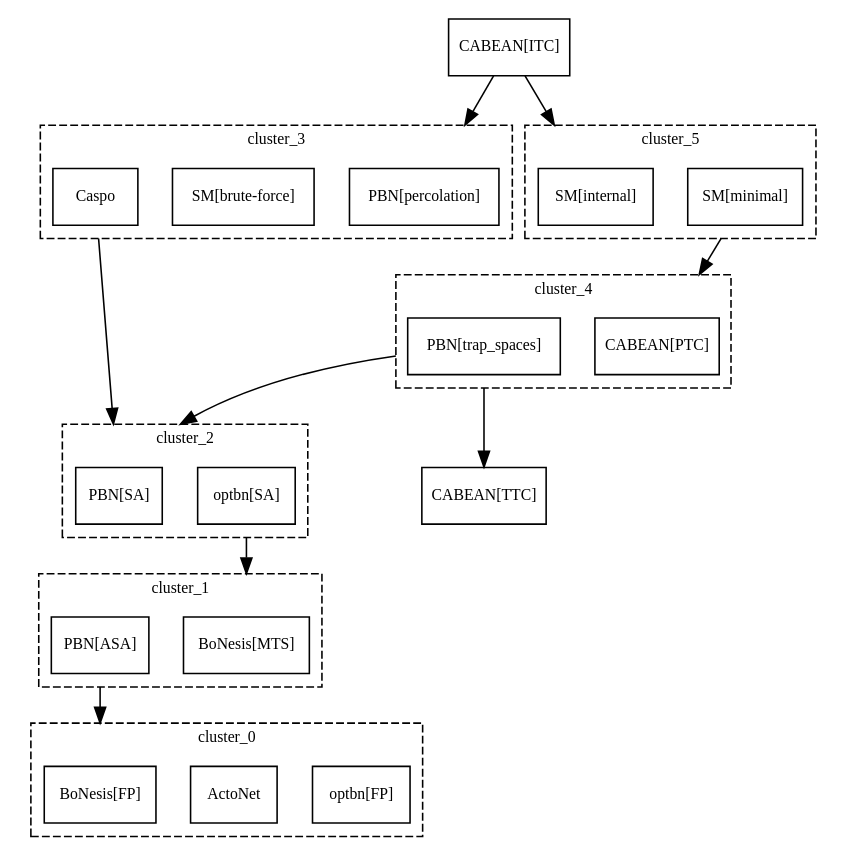
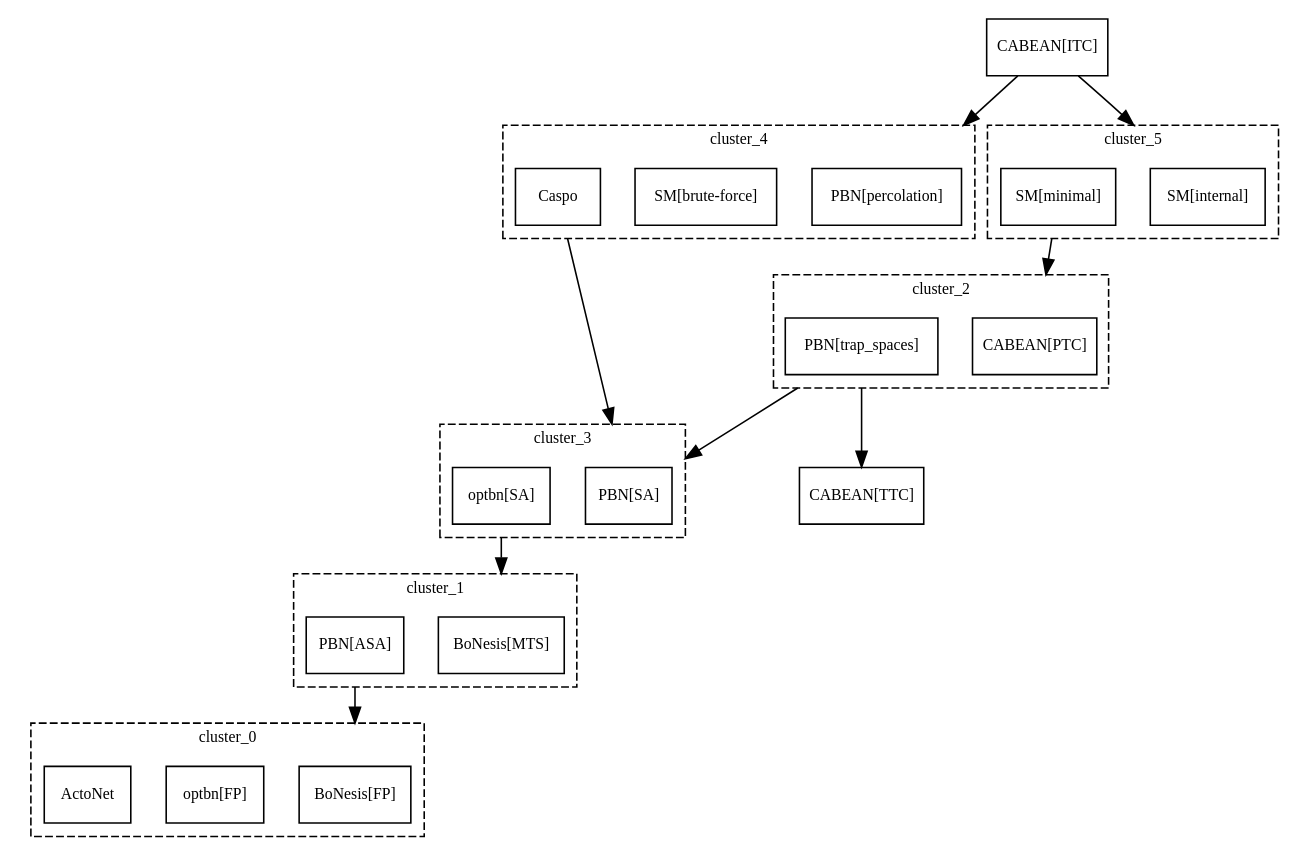
One commit to kalebmoon07/BN-control-taxonomy changed the diagram in experiments/results/practical/TumorInvasion/_graph_tred.dot. Above: the diagram before and after it, drawn with Graphviz. The commit also changed 104 other files, not shown here.

```diff
--- a/experiments/results/practical/TumorInvasion/_graph_tred.dot
+++ b/experiments/results/practical/TumorInvasion/_graph_tred.dot
@@ -1,59 +1,59 @@
 strict digraph G {
 graph [fontsize=10, fontname=Verdana, compound=true];
 node [shape=record, fontsize=10, fontname=Verdana];
 graph [nodesep=0.3, ranksep=0.8];
 subgraph cluster_0 {
 label="cluster_0";
 graph [style=dashed, color=black];
+"BoNesis[FP]";
 "optbn[FP]";
 ActoNet;
-"BoNesis[FP]";
 }
 
 subgraph cluster_1 {
 label="cluster_1";
 graph [style=dashed, color=black];
 "BoNesis[MTS]";
 "PBN[ASA]";
 }
 
 subgraph cluster_2 {
 label="cluster_2";
 graph [style=dashed, color=black];
-"optbn[SA]";
-"PBN[SA]";
+"CABEAN[PTC]";
+"PBN[trap_spaces]";
 }
 
 subgraph cluster_3 {
 label="cluster_3";
+graph [style=dashed, color=black];
+"PBN[SA]";
+"optbn[SA]";
+}
+
+subgraph cluster_4 {
+label="cluster_4";
 graph [style=dashed, color=black];
 "PBN[percolation]";
 "SM[brute-force]";
 Caspo;
 }
 
-subgraph cluster_4 {
-label="cluster_4";
-graph [style=dashed, color=black];
-"CABEAN[PTC]";
-"PBN[trap_spaces]";
-}
-
 subgraph cluster_5 {
 label="cluster_5";
 graph [style=dashed, color=black];
+"SM[internal]";
 "SM[minimal]";
-"SM[internal]";
 }
 
 "CABEAN[ITC]";
 "CABEAN[TTC]";
-"CABEAN[ITC]" -> "PBN[percolation]" [lhead="cluster_3"];
+"CABEAN[ITC]" -> "PBN[percolation]" [lhead="cluster_4"];
 "CABEAN[ITC]" -> "SM[internal]" [lhead="cluster_5"];
 "PBN[ASA]" -> "BoNesis[FP]" [ltail="cluster_1", lhead="cluster_0"];
-"PBN[trap_spaces]" -> "CABEAN[TTC]" [ltail="cluster_4"];
-"PBN[trap_spaces]" -> "PBN[SA]" [ltail="cluster_4", lhead="cluster_2"];
-"SM[minimal]" -> "CABEAN[PTC]" [ltail="cluster_5", lhead="cluster_4"];
-"optbn[SA]" -> "BoNesis[MTS]" [ltail="cluster_2", lhead="cluster_1"];
-Caspo -> "PBN[SA]" [ltail="cluster_3", lhead="cluster_2"];
+"PBN[trap_spaces]" -> "CABEAN[TTC]" [ltail="cluster_2"];
+"PBN[trap_spaces]" -> "PBN[SA]" [ltail="cluster_2", lhead="cluster_3"];
+"SM[minimal]" -> "CABEAN[PTC]" [ltail="cluster_5", lhead="cluster_2"];
+"optbn[SA]" -> "BoNesis[MTS]" [ltail="cluster_3", lhead="cluster_1"];
+Caspo -> "PBN[SA]" [ltail="cluster_4", lhead="cluster_3"];
 }
```
